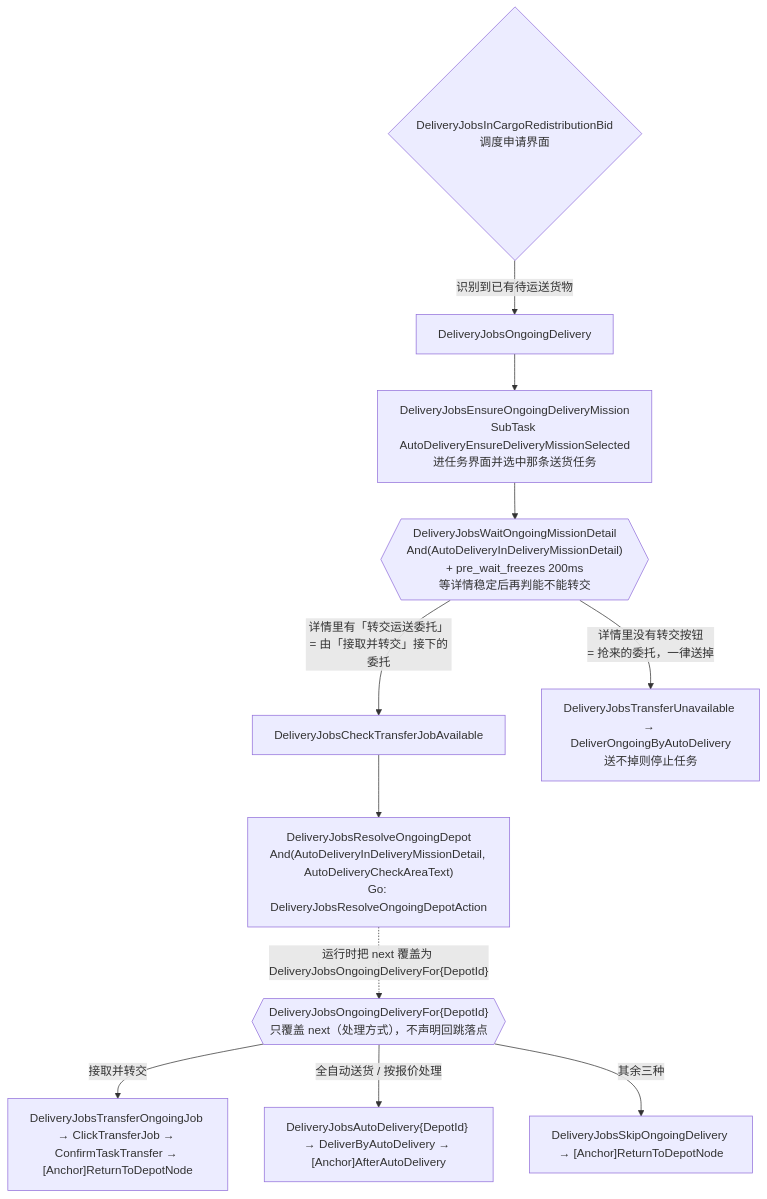
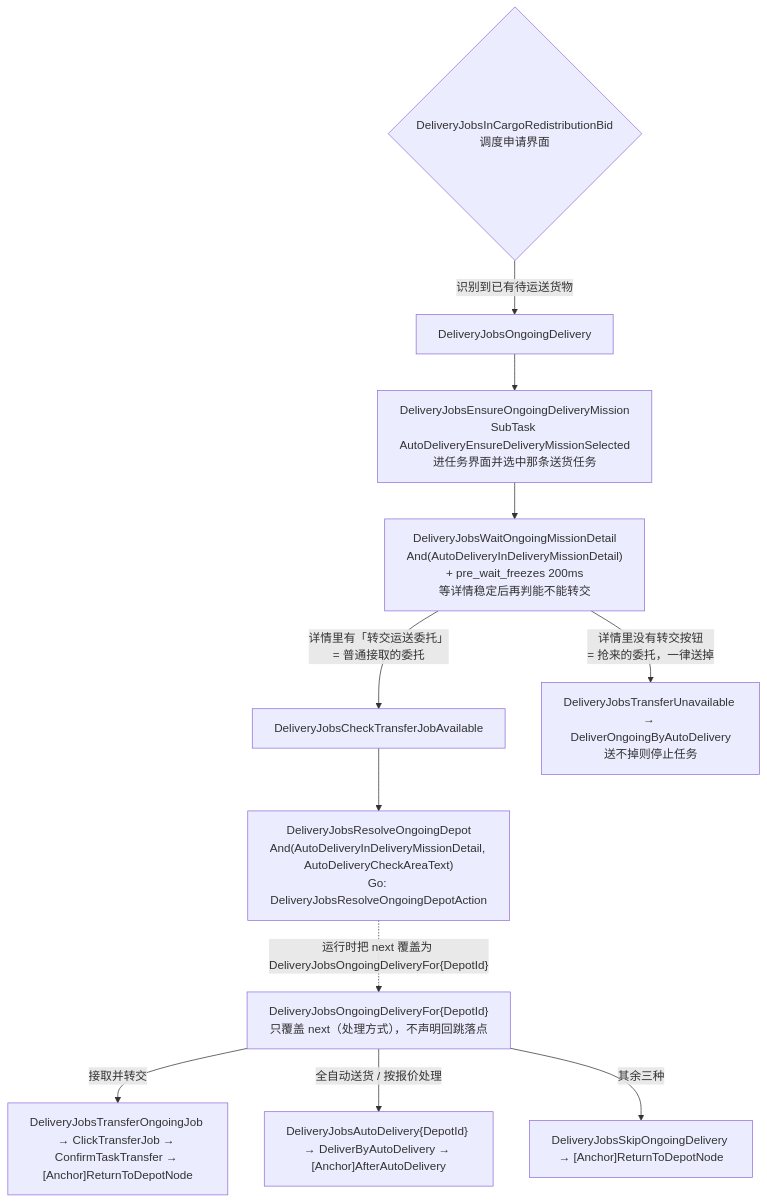
The fourth of 6 diagrams in docs/zh_cn/developers/tasks/delivery-jobs-maintain.md (Aliothmoon/MaaEnd), drawn with Mermaid before and after one commit. The commit also changed other lines of this file and 83 other files, not shown here.

````diff
--- a/docs/zh_cn/developers/tasks/delivery-jobs-maintain.md
+++ b/docs/zh_cn/developers/tasks/delivery-jobs-maintain.md
@@ -146,13 +146,13 @@
 ```mermaid
 flowchart TD
     Bid{"DeliveryJobsInCargoRedistributionBid\n调度申请界面"} -->|识别到已有待运送货物| Ong["DeliveryJobsOngoingDelivery"]
     Ong --> Ensure["DeliveryJobsEnsureOngoingDeliveryMission\nSubTask AutoDeliveryEnsureDeliveryMissionSelected\n进任务界面并选中那条送货任务"]
-    Ensure --> Wait{{"DeliveryJobsWaitOngoingMissionDetail\nAnd(AutoDeliveryInDeliveryMissionDetail)\n+ pre_wait_freezes 200ms\n等详情稳定后再判能不能转交"}}
-    Wait -->|"详情里有「转交运送委托」\n= 由「接取并转交」接下的委托"| Chk["DeliveryJobsCheckTransferJobAvailable"]
+    Ensure --> Wait["DeliveryJobsWaitOngoingMissionDetail\nAnd(AutoDeliveryInDeliveryMissionDetail)\n+ pre_wait_freezes 200ms\n等详情稳定后再判能不能转交"]
+    Wait -->|"详情里有「转交运送委托」\n= 普通接取的委托"| Chk["DeliveryJobsCheckTransferJobAvailable"]
     Wait -->|"详情里没有转交按钮\n= 抢来的委托，一律送掉"| Unavail["DeliveryJobsTransferUnavailable → DeliverOngoingByAutoDelivery\n送不掉则停止任务"]
     Chk --> Resolve["DeliveryJobsResolveOngoingDepot\nAnd(AutoDeliveryInDeliveryMissionDetail, AutoDeliveryCheckAreaText)\nGo: DeliveryJobsResolveOngoingDepotAction"]
-    Resolve -.->|"运行时把 next 覆盖为 DeliveryJobsOngoingDeliveryFor{DepotId}"| For{{"DeliveryJobsOngoingDeliveryFor{DepotId}\n只覆盖 next（处理方式），不声明回跳落点"}}
+    Resolve -.->|"运行时把 next 覆盖为 DeliveryJobsOngoingDeliveryFor{DepotId}"| For["DeliveryJobsOngoingDeliveryFor{DepotId}\n只覆盖 next（处理方式），不声明回跳落点"]
     For -->|接取并转交| T["DeliveryJobsTransferOngoingJob → ClickTransferJob → ConfirmTaskTransfer → [Anchor]ReturnToDepotNode"]
     For -->|全自动送货 / 按报价处理| A["DeliveryJobsAutoDelivery{DepotId} → DeliverByAutoDelivery → [Anchor]AfterAutoDelivery"]
     For -->|其余三种| S["DeliveryJobsSkipOngoingDelivery → [Anchor]ReturnToDepotNode"]
 ```
````
